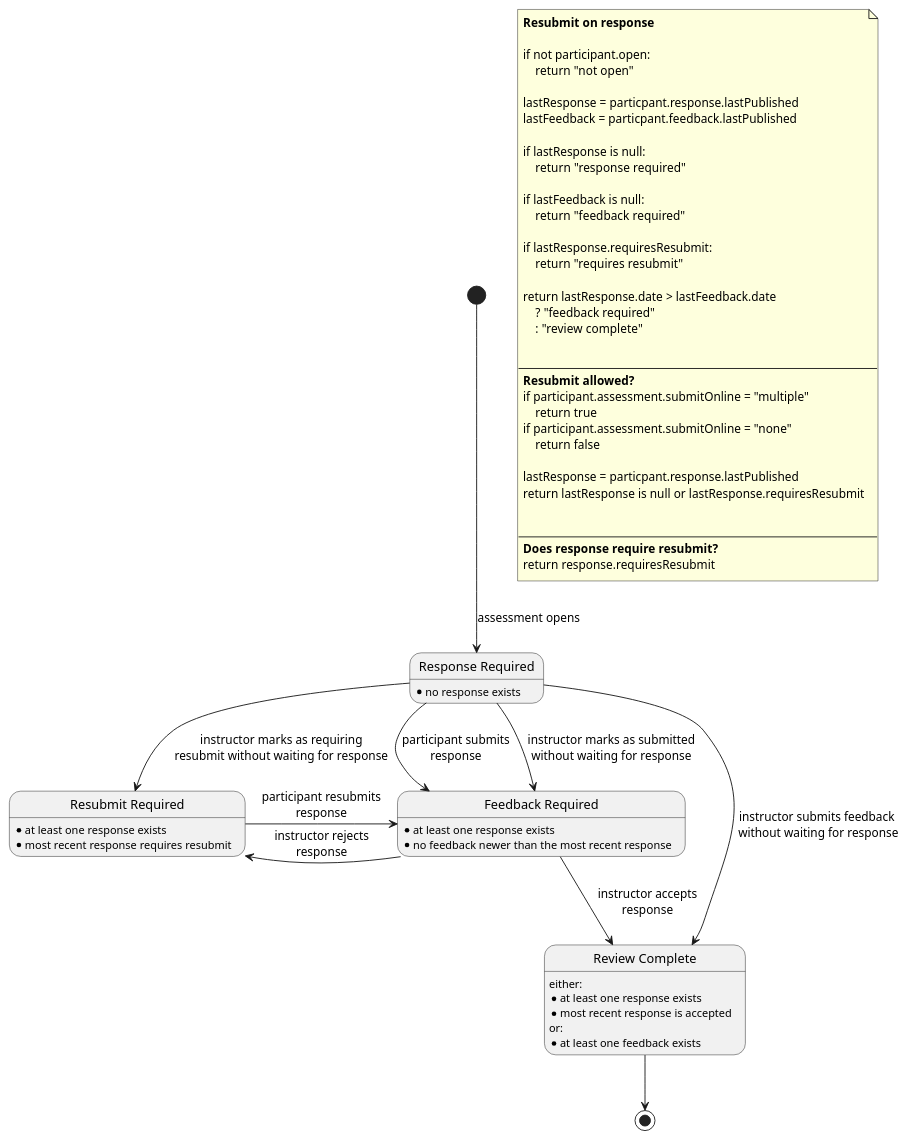
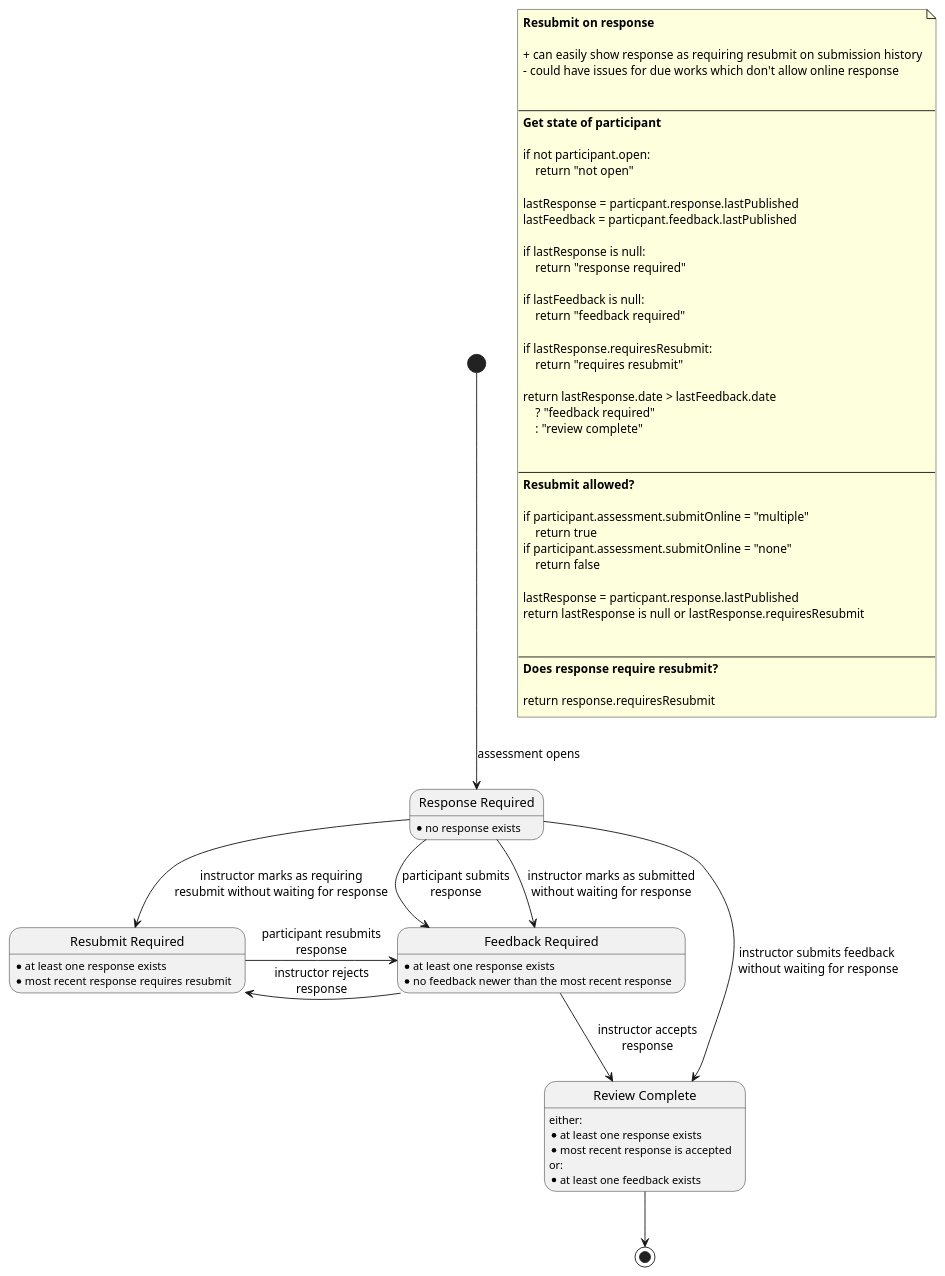
The first of 2 diagrams in library/Schoolbox/Learning/Assessment/DueWork/state-diagram.plantuml (juliaattrevisan/schoolbox-api-docs), drawn with PlantUML before and after one commit. The commit also changed other lines of this file, not shown here.

Commit message:
Move plus/minus points into PlantUML doc [SA-9500]

```diff
--- a/library/Schoolbox/Learning/Assessment/DueWork/state-diagram.plantuml
+++ b/library/Schoolbox/Learning/Assessment/DueWork/state-diagram.plantuml
@@ -1,74 +1,83 @@
 @startuml
 
 note as n1
     <b>Resubmit on response</b>
+
+    + can easily show response as requiring resubmit on submission history
+    - could have issues for due works which don't allow online response
+
+
+    ----
+    <b>Get state of participant</b>
 
     if not participant.open:
         return "not open"
 
     lastResponse = particpant.response.lastPublished
     lastFeedback = particpant.feedback.lastPublished
 
     if lastResponse is null:
         return "response required"
 
     if lastFeedback is null:
         return "feedback required"
 
     if lastResponse.requiresResubmit:
         return "requires resubmit"
 
     return lastResponse.date > lastFeedback.date
         ? "feedback required"
         : "review complete"
 
 
     ----
     <b>Resubmit allowed?</b>
+
     if participant.assessment.submitOnline = "multiple"
         return true
     if participant.assessment.submitOnline = "none"
         return false
 
     lastResponse = particpant.response.lastPublished
     return lastResponse is null or lastResponse.requiresResubmit
 
 
     ----
     <b>Does response require resubmit?</b>
+
     return response.requiresResubmit
 end note
 
 state "Response Required" as RR
 RR : \
 * no response exists
 
 state "Feedback Required" as FR
 FR : \
 * at least one response exists\n\
 * no feedback newer than the most recent response
 
 state "Review Complete" as RC
 RC : \
 either:\n\
 * at least one response exists\n\
 * most recent response is accepted\n\
 or:\n\
 * at least one feedback exists
 
 state "Resubmit Required" as RS
 RS : \
 * at least one response exists\n\
 * most recent response requires resubmit
 
 [*] --> RR : assessment opens
 RR --> FR  : participant submits\nresponse
 RR --> FR  : instructor marks as submitted\nwithout waiting for response
 RR --> RC  : instructor submits feedback\n without waiting for response
 RR --> RS  : instructor marks as requiring\nresubmit without waiting for response
 FR --> RC  : instructor accepts\nresponse
 FR -left-> RS : instructor rejects\nresponse
 RS -right-> FR  : participant resubmits\nresponse
 RC --> [*]
 
 @enduml
```
